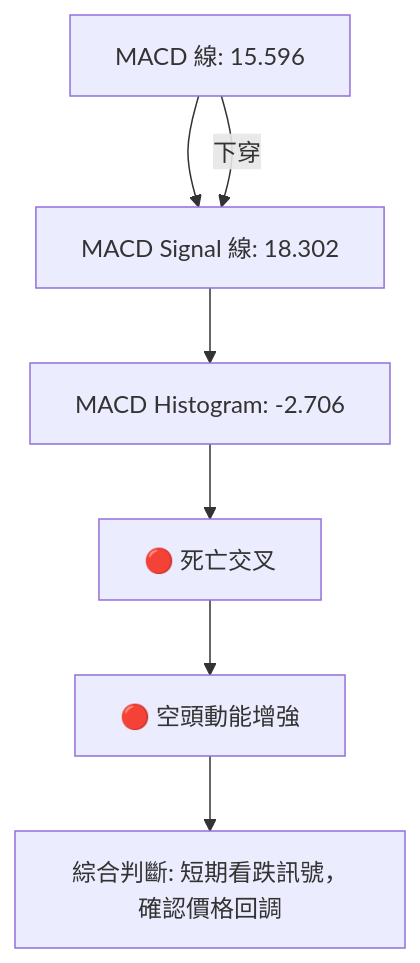
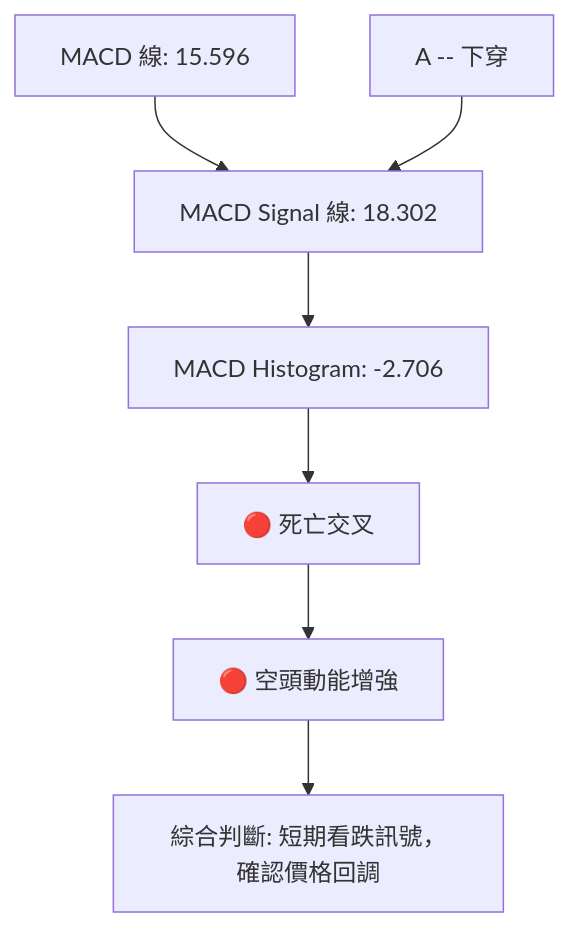
Before and after one commit to yennanliu/finance_data: the eighth of 12 diagrams in ai_gen_report/stock/nbis/technical_analysis_2026-06-29_gemini.md, drawn with Mermaid. The commit also changed other lines of this file and 2258 other files, not shown here.

First line of the commit message:
chore: backfill Mermaid syntax repair across existing reports

````diff
--- a/ai_gen_report/stock/nbis/technical_analysis_2026-06-29_gemini.md
+++ b/ai_gen_report/stock/nbis/technical_analysis_2026-06-29_gemini.md
@@ -471,9 +471,9 @@
 ```mermaid
 graph TD
-    A[MACD 線: 15.596] --> B[MACD Signal 線: 18.302]
-    A -- 下穿 --> B
-    B --> C[MACD Histogram: -2.706]
-    C --> D[🔴 死亡交叉]
-    D --> E[🔴 空頭動能增強]
-    E --> F[綜合判斷: 短期看跌訊號，確認價格回調]
+    A["MACD 線: 15.596"] --> B["MACD Signal 線: 18.302"]
+    nb1["A -- 下穿"] --> B
+    B --> C["MACD Histogram: -2.706"]
+    C --> D["🔴 死亡交叉"]
+    D --> E["🔴 空頭動能增強"]
+    E --> F["綜合判斷: 短期看跌訊號，確認價格回調"]
 ```
````
